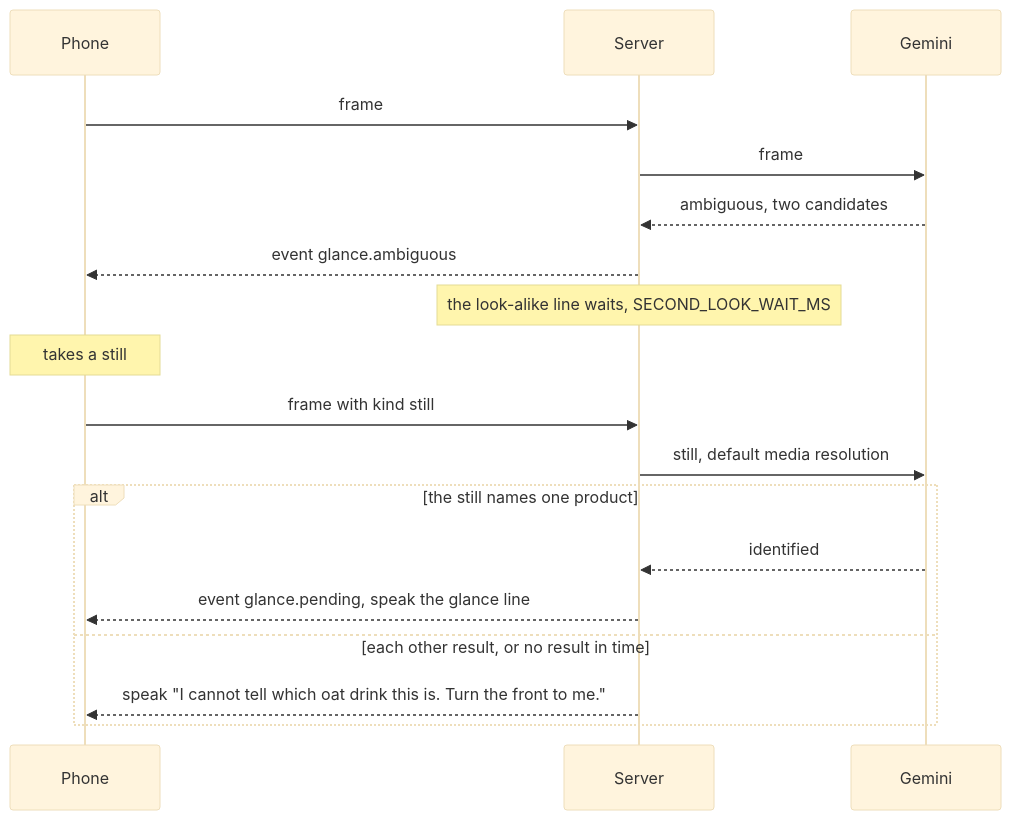
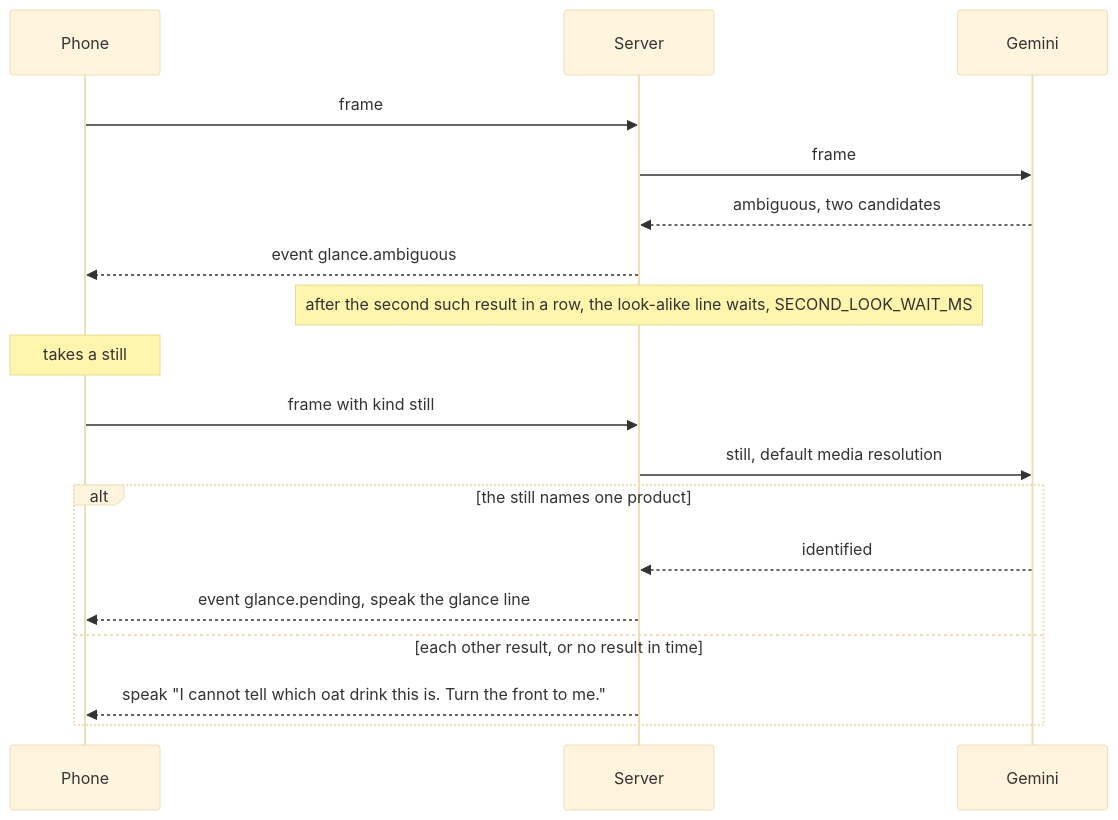
One commit to mrBymax/glance changed the ninth of 14 diagrams in apps/server/README.md. Above: the diagram before and after it, drawn with Mermaid (base theme). The commit also changed other lines of this file and 21 other files, not shown here.

First line of the commit message:
fix(server): open a prompt by sight after 2 results in a row

````diff
--- a/apps/server/README.md
+++ b/apps/server/README.md
@@ -1269,20 +1276,20 @@
 ```mermaid
 sequenceDiagram
   participant Phone
   participant Server
   participant Gemini
   Phone->>Server: frame
   Server->>Gemini: frame
   Gemini-->>Server: ambiguous, two candidates
   Server-->>Phone: event glance.ambiguous
-  Note over Server: the look-alike line waits, SECOND_LOOK_WAIT_MS
+  Note over Server: after the second such result in a row, the look-alike line waits, SECOND_LOOK_WAIT_MS
   Note over Phone: takes a still
   Phone->>Server: frame with kind still
   Server->>Gemini: still, default media resolution
   alt the still names one product
     Gemini-->>Server: identified
     Server-->>Phone: event glance.pending, speak the glance line
   else each other result, or no result in time
     Server-->>Phone: speak "I cannot tell which oat drink this is. Turn the front to me."
   end
 ```
````
